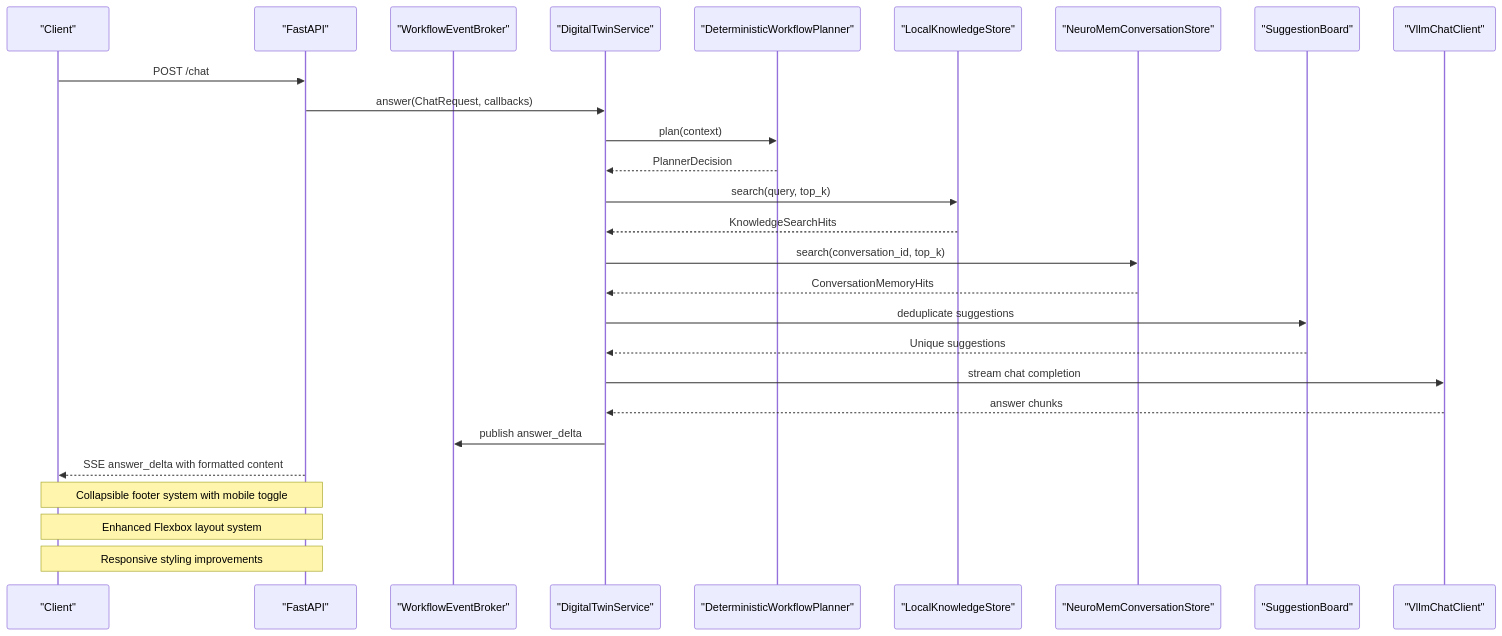
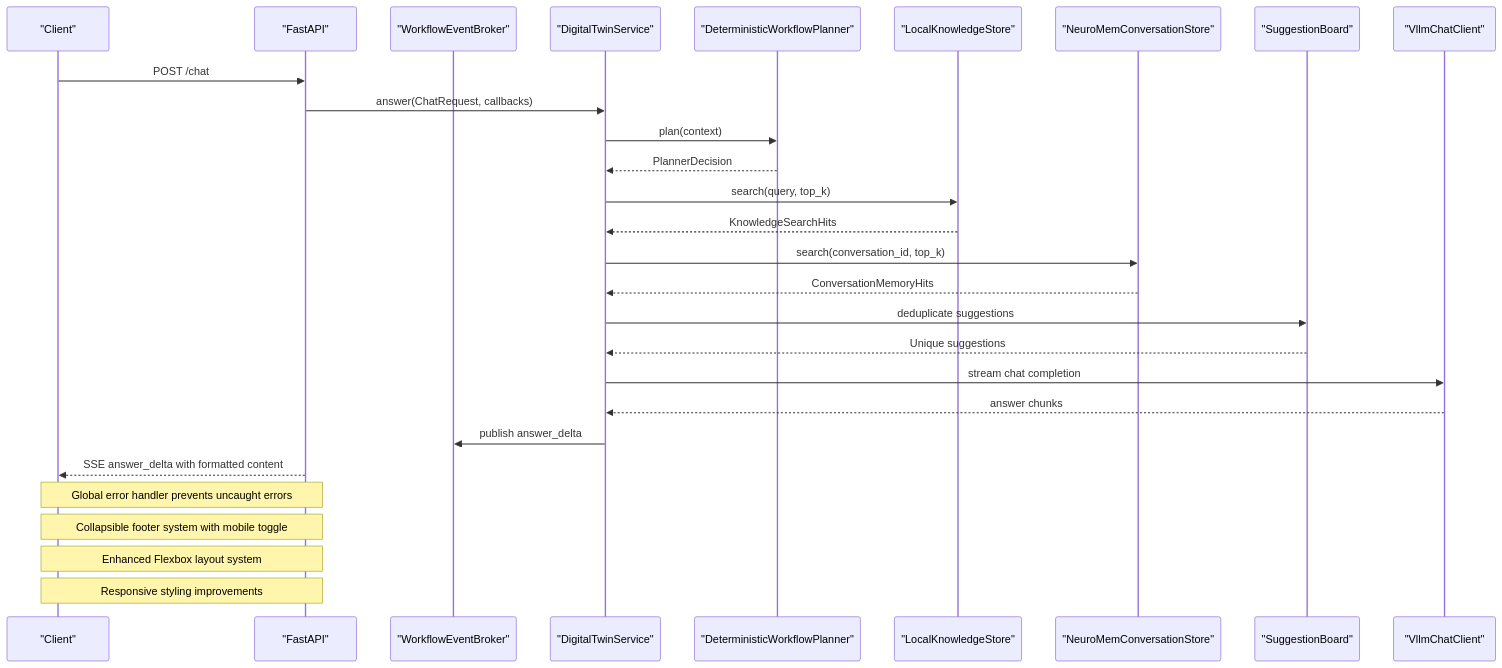
The second of 10 diagrams in .qoder/repowiki/en/content/Core Components/Core Components.md (intellistream/sage-mate), drawn with Mermaid before and after one commit. The commit also changed other lines of this file and 121 other files, not shown here.

````diff
--- a/.qoder/repowiki/en/content/Core Components/Core Components.md
+++ b/.qoder/repowiki/en/content/Core Components/Core Components.md
@@ -206,29 +210,30 @@
 ```mermaid
 sequenceDiagram
 participant Client as "Client"
 participant API as "FastAPI"
 participant Broker as "WorkflowEventBroker"
 participant Svc as "DigitalTwinService"
 participant Planner as "DeterministicWorkflowPlanner"
 participant KB as "LocalKnowledgeStore"
 participant Mem as "NeuroMemConversationStore"
 participant Suggestions as "SuggestionBoard"
 participant LLM as "VllmChatClient"
 Client->>API : POST /chat
 API->>Svc : answer(ChatRequest, callbacks)
 Svc->>Planner : plan(context)
 Planner-->>Svc : PlannerDecision
 Svc->>KB : search(query, top_k)
 KB-->>Svc : KnowledgeSearchHits
 Svc->>Mem : search(conversation_id, top_k)
 Mem-->>Svc : ConversationMemoryHits
 Svc->>Suggestions : deduplicate suggestions
 Suggestions-->>Svc : Unique suggestions
 Svc->>LLM : stream chat completion
 LLM-->>Svc : answer chunks
 Svc->>Broker : publish answer_delta
 API-->>Client : SSE answer_delta with formatted content
+Note over Client,API : Global error handler prevents uncaught errors
 Note over Client,API : Collapsible footer system with mobile toggle
 Note over Client,API : Enhanced Flexbox layout system
 Note over Client,API : Responsive styling improvements
 ```
````
